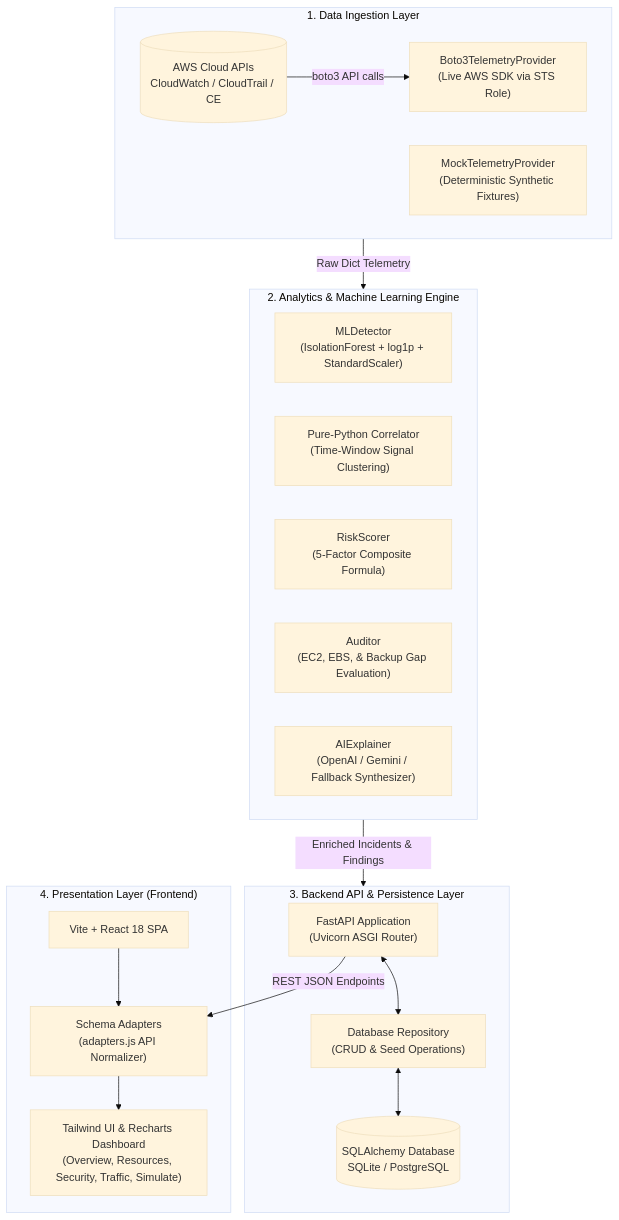
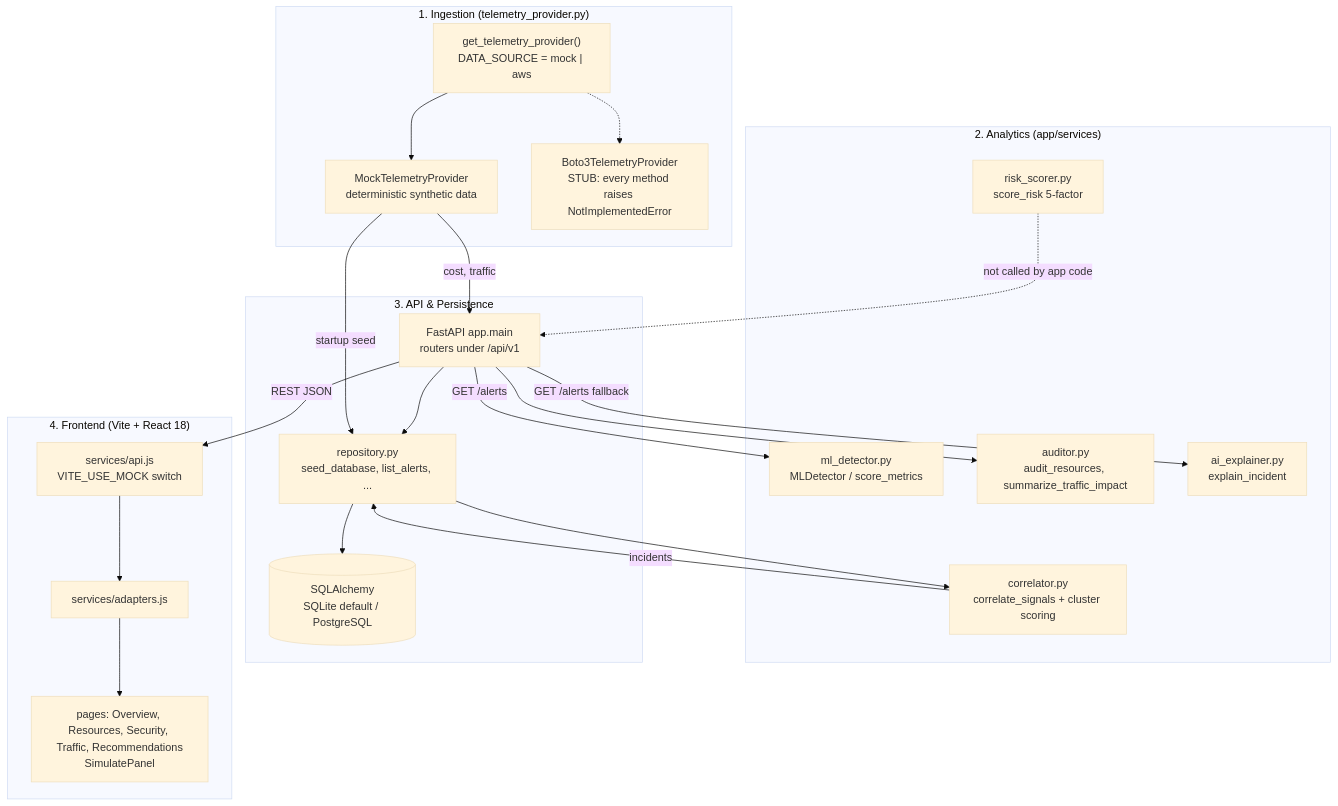
One commit to MohamedAhmed004/AWSense changed the first of 6 diagrams in docs/system-analysis-and-design.md. Above: the diagram before and after it, drawn with Mermaid (base theme). The commit also changed other lines of this file and 1 other file, not shown here.

First line of the commit message:
docs: align system analysis and README with live code

````diff
--- a/docs/system-analysis-and-design.md
+++ b/docs/system-analysis-and-design.md
@@ -68,40 +68,42 @@
 ```mermaid
 flowchart TD
-    subgraph Layer1["1. Data Ingestion Layer"]
-        Boto3Provider["Boto3TelemetryProvider<br/>(Live AWS SDK via STS Role)"]
-        MockProvider["MockTelemetryProvider<br/>(Deterministic Synthetic Fixtures)"]
-        AWS_Services[("AWS Cloud APIs<br/>CloudWatch / CloudTrail / CE")]
-        AWS_Services -->|boto3 API calls| Boto3Provider
+    subgraph L1["1. Ingestion (telemetry_provider.py)"]
+        Mock["MockTelemetryProvider<br/>deterministic synthetic data"]
+        Boto["Boto3TelemetryProvider<br/>STUB: every method raises NotImplementedError"]
+        Factory["get_telemetry_provider()<br/>DATA_SOURCE = mock | aws"]
+        Factory --> Mock
+        Factory -.-> Boto
     end
 
-    subgraph Layer2["2. Analytics & Machine Learning Engine"]
-        MLDetector["MLDetector<br/>(IsolationForest + log1p + StandardScaler)"]
-        Correlator["Pure-Python Correlator<br/>(Time-Window Signal Clustering)"]
-        RiskScorer["RiskScorer<br/>(5-Factor Composite Formula)"]
-        Auditor["Auditor<br/>(EC2, EBS, & Backup Gap Evaluation)"]
-        AIExplainer["AIExplainer<br/>(OpenAI / Gemini / Fallback Synthesizer)"]
+    subgraph L2["2. Analytics (app/services)"]
+        Corr["correlator.py<br/>correlate_signals + cluster scoring"]
+        ML["ml_detector.py<br/>MLDetector / score_metrics"]
+        Aud["auditor.py<br/>audit_resources, summarize_traffic_impact"]
+        Expl["ai_explainer.py<br/>explain_incident"]
+        Risk["risk_scorer.py<br/>score_risk 5-factor"]
     end
 
-    subgraph Layer3["3. Backend API & Persistence Layer"]
-        FastAPI_App["FastAPI Application<br/>(Uvicorn ASGI Router)"]
-        Repository["Database Repository<br/>(CRUD & Seed Operations)"]
-        Database[("SQLAlchemy Database<br/>SQLite / PostgreSQL")]
-        
-        FastAPI_App <--> Repository
-        Repository <--> Database
+    subgraph L3["3. API & Persistence"]
+        API["FastAPI app.main<br/>routers under /api/v1"]
+        Repo["repository.py<br/>seed_database, list_alerts, ..."]
+        DB[("SQLAlchemy<br/>SQLite default / PostgreSQL")]
+        API --> Repo --> DB
     end
 
-    subgraph Layer4["4. Presentation Layer (Frontend)"]
-        ViteDev["Vite + React 18 SPA"]
-        Adapters["Schema Adapters<br/>(adapters.js API Normalizer)"]
-        UI_Components["Tailwind UI & Recharts Dashboard<br/>(Overview, Resources, Security, Traffic, Simulate)"]
-        
-        ViteDev --> Adapters
-        Adapters --> UI_Components
+    subgraph L4["4. Frontend (Vite + React 18)"]
+        Api["services/api.js<br/>VITE_USE_MOCK switch"]
+        Adp["services/adapters.js"]
+        Pages["pages: Overview, Resources, Security, Traffic, Recommendations<br/>SimulatePanel"]
+        Api --> Adp --> Pages
     end
 
-    %% Cross-layer links
-    Layer1 -->|Raw Dict Telemetry| Layer2
-    Layer2 -->|Enriched Incidents & Findings| Layer3
-    FastAPI_App -->|REST JSON Endpoints| Adapters
+    Mock -->|"startup seed"| Repo
+    Repo --> Corr
+    Corr -->|"incidents"| Repo
+    Mock -->|"cost, traffic"| API
+    API --> Aud
+    API -->|"GET /alerts"| ML
+    API -->|"GET /alerts fallback"| Expl
+    Risk -.->|"not called by app code"| API
+    API -->|"REST JSON"| Api
 ```
````
